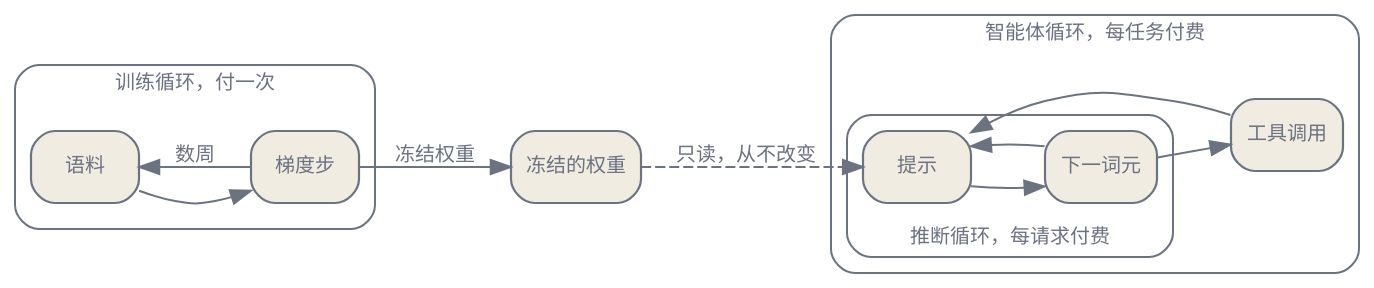
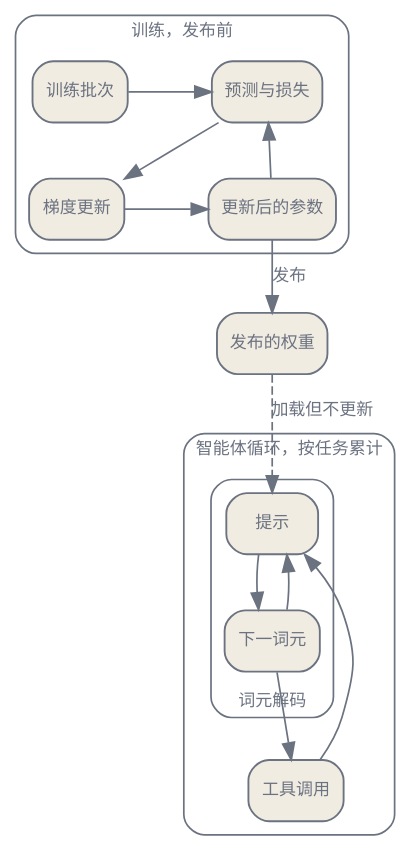
The second of 2 diagrams in zh/orientation/01-whole-stack.qmd (latere-ai/ai-as-an-infrastructure), drawn with Graphviz before and after one commit. The commit also changed other lines of this file and 4 other files, not shown here.

````diff
--- a/zh/orientation/01-whole-stack.qmd
+++ b/zh/orientation/01-whole-stack.qmd
@@ -69,34 +105,42 @@
 ```{dot}
 //| label: fig-whole-stack-loops
-//| fig-cap: "三个嵌套的循环。训练循环运行一次并冻结权重。每个推断循环读取那些冻结的权重，并按请求付费。智能体循环在每个任务里包含多次推断循环。成本按每个循环运行的节奏付出。"
+//| fig-cap: "三个以不同时间尺度反复运行的过程。训练在发布前更新参数；一次模型调用使用固定权重解码词元；一项智能体任务可以包含多次模型调用和工具交互。"
 digraph {
   bgcolor="transparent";
-  rankdir=LR;
-  nodesep=0.4; ranksep=0.5;
+  rankdir=TB;
+  size="6,6";
+  ratio=compress;
+  nodesep=0.35; ranksep=0.45;
   node [shape=box, style="rounded,filled", fontname="Helvetica", fontsize=10, color="#6b7280", fontcolor="#6b7280", fillcolor="#f1ece1", penwidth=1.1];
   edge [fontsize=10, fontname="Helvetica", color="#6b7280", fontcolor="#6b7280"];
   subgraph cluster_TR {
-    label="训练循环，付一次"; style=rounded; color="#6b7280"; fontcolor="#6b7280"; fontsize=10;
-    corpus [label="语料"];
-    grad [label="梯度步"];
-    corpus -> grad;
-    grad -> corpus [label="数周"];
+    label="训练，发布前"; style=rounded; color="#6b7280"; fontcolor="#6b7280"; fontsize=10;
+    batch [label="训练批次"];
+    loss [label="预测与损失"];
+    grad [label="梯度更新"];
+    params [label="更新后的参数"];
+    { rank=same; batch; loss; }
+    { rank=same; grad; params; }
+    batch -> loss;
+    loss -> grad;
+    grad -> params;
+    params -> loss;
   }
-  W [label="冻结的权重"];
+  W [label="发布的权重"];
   subgraph cluster_AG {
-    label="智能体循环，每任务付费"; style=rounded; color="#6b7280"; fontcolor="#6b7280"; fontsize=10;
+    label="智能体循环，按任务累计"; style=rounded; color="#6b7280"; fontcolor="#6b7280"; fontsize=10;
     subgraph cluster_INF {
-      label="推断循环，每请求付费"; labelloc="b"; style=rounded; color="#6b7280"; fontcolor="#6b7280"; fontsize=10;
+      label="词元解码"; labelloc="b"; style=rounded; color="#6b7280"; fontcolor="#6b7280"; fontsize=10;
       prompt [label="提示"];
       tok [label="下一词元"];
       prompt -> tok;
       tok -> prompt;
     }
     tool [label="工具调用"];
     tok -> tool;
     tool -> prompt;
   }
-  grad -> W [label="冻结权重"];
-  W -> prompt [style=dashed, label="只读，从不改变"];
+  params -> W [label="发布"];
+  W -> prompt [style=dashed, label="加载但不更新"];
 }
 ```
````
